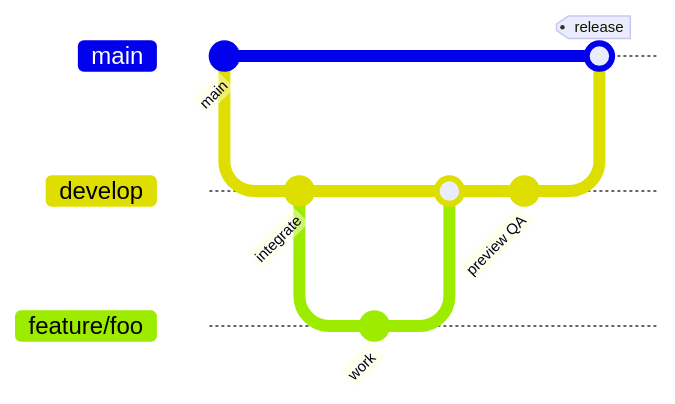
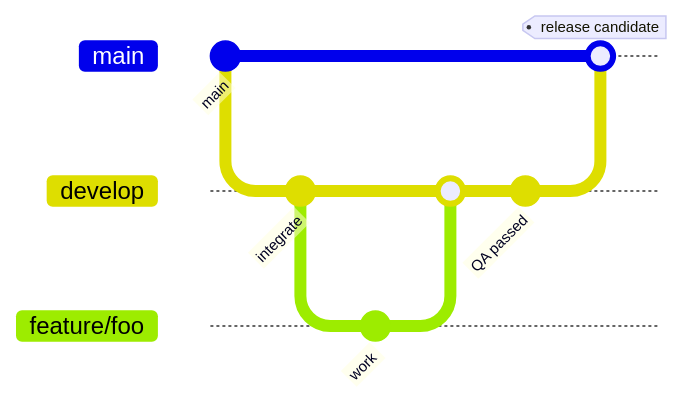
One commit to mywinkly-cell/Winkly_development changed the second of 2 diagrams in docs/BRANCHING.md. Above: the diagram before and after it, drawn with Mermaid. The commit also changed other lines of this file and 12 other files, not shown here.

````diff
--- a/docs/BRANCHING.md
+++ b/docs/BRANCHING.md
@@ -15,15 +54,15 @@
 ```mermaid
 gitGraph
   commit id: "main"
   branch develop
   checkout develop
   commit id: "integrate"
   branch feature/foo
   checkout feature/foo
   commit id: "work"
   checkout develop
   merge feature/foo
-  commit id: "preview QA"
+  commit id: "QA passed"
   checkout main
-  merge develop tag: "release"
+  merge develop tag: "release candidate"
 ```
````
